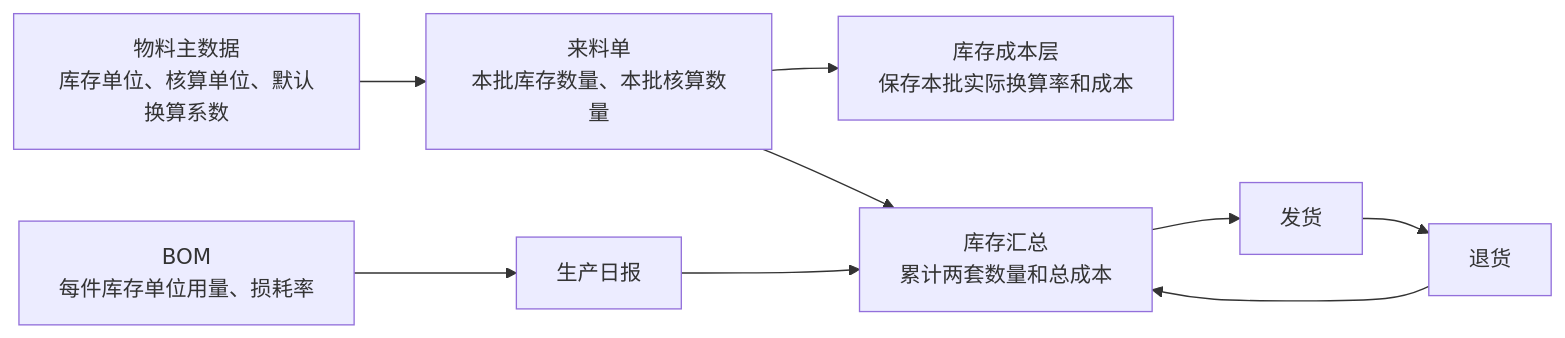
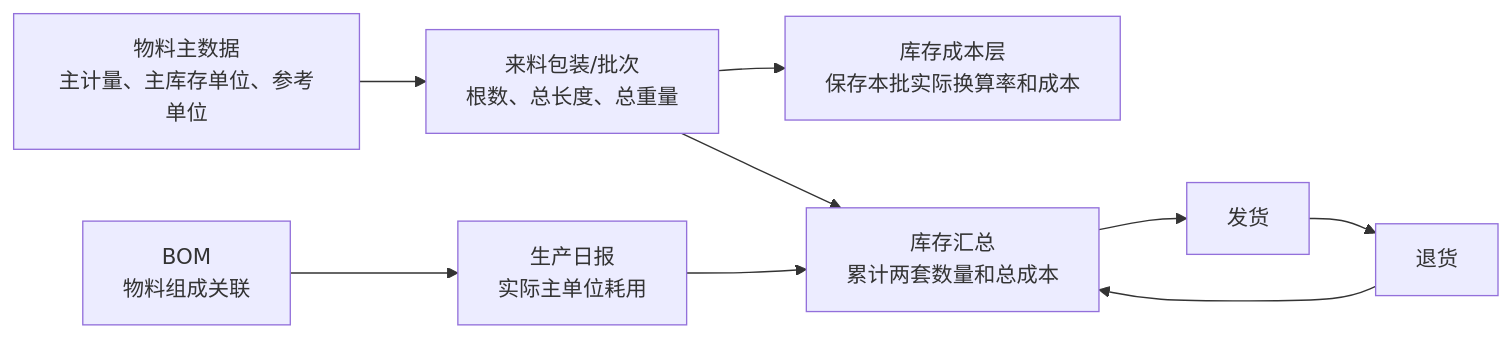
Before and after one commit to goldf2/mes-lite: the diagram in docs/minierp/双单位库存与成本核算说明.md, drawn with Mermaid. The commit also changed other lines of this file and 41 other files, not shown here.

Commit message:
feat: add primary material measurement flow

````diff
--- a/docs/minierp/双单位库存与成本核算说明.md
+++ b/docs/minierp/双单位库存与成本核算说明.md
@@ -79,11 +79,11 @@
 ```mermaid
 flowchart LR
-    M["物料主数据<br/>库存单位、核算单位、默认换算系数"] --> I["来料单<br/>本批库存数量、本批核算数量"]
+    M["物料主数据<br/>主计量、主库存单位、参考单位"] --> I["来料包装/批次<br/>根数、总长度、总重量"]
     I --> L["库存成本层<br/>保存本批实际换算率和成本"]
     I --> S["库存汇总<br/>累计两套数量和总成本"]
-    B["BOM<br/>每件库存单位用量、损耗率"] --> D["生产日报"]
+    B["BOM<br/>物料组成关联"] --> D["生产日报<br/>实际主单位耗用"]
     D --> S
     S --> H["发货"]
     H --> R["退货"]
     R --> S
 ```
````
